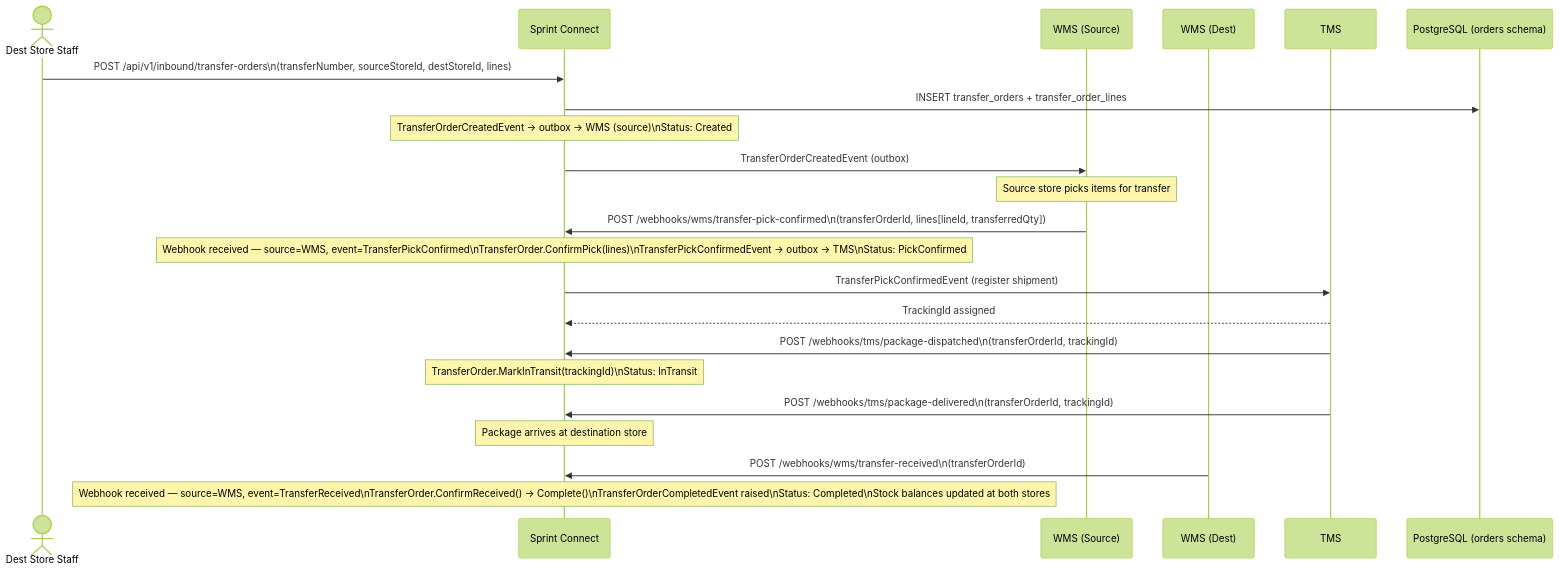
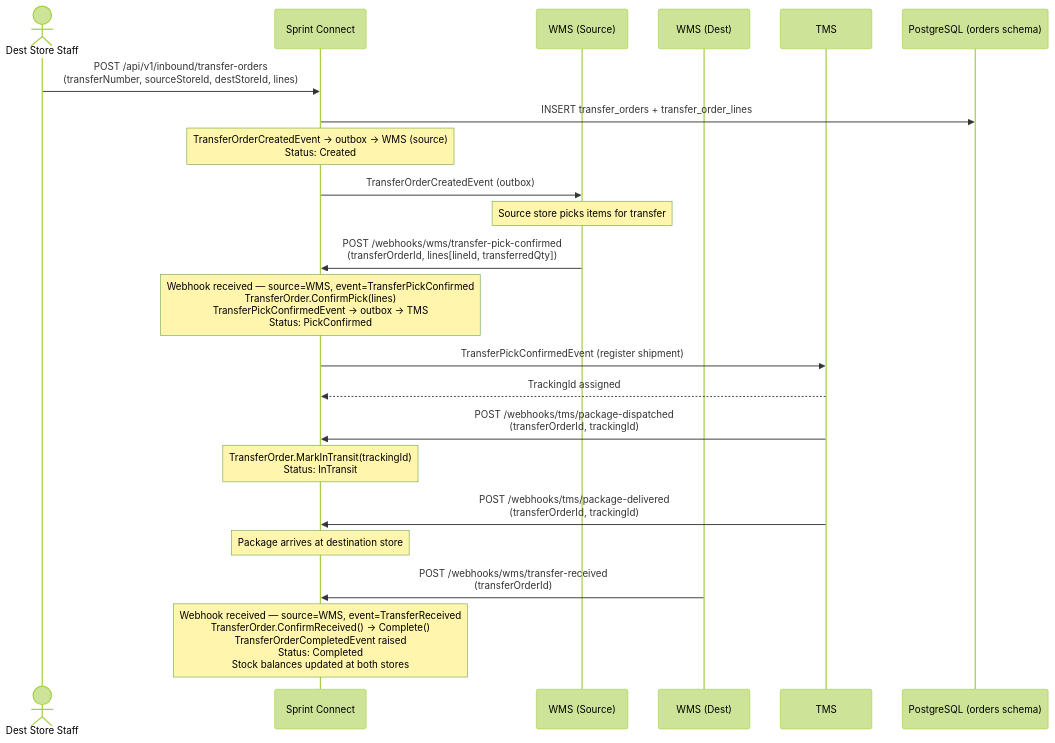
Before and after one commit to rosered11/personal-claude: diagram 22 of 24 in result/oms-sequence-diagrams.md, drawn with Mermaid (forest theme). The commit also changed other lines of this file and 7 other files, not shown here.

````diff
--- a/result/oms-sequence-diagrams.md
+++ b/result/oms-sequence-diagrams.md
@@ -772,31 +772,31 @@
 ```mermaid
 sequenceDiagram
     actor Staff as Dest Store Staff
     participant SC as Sprint Connect
     participant WMS_S as WMS (Source)
     participant WMS_D as WMS (Dest)
     participant TMS as TMS
     participant DB as PostgreSQL (orders schema)
 
-    Staff->>SC: POST /api/v1/inbound/transfer-orders\n(transferNumber, sourceStoreId, destStoreId, lines)
+    Staff->>SC: POST /api/v1/inbound/transfer-orders<br>(transferNumber, sourceStoreId, destStoreId, lines)
     SC->>DB: INSERT transfer_orders + transfer_order_lines
-    Note over SC: TransferOrderCreatedEvent → outbox → WMS (source)\nStatus: Created
+    Note over SC: TransferOrderCreatedEvent → outbox → WMS (source)<br>Status: Created
 
     SC->>WMS_S: TransferOrderCreatedEvent (outbox)
     Note over WMS_S: Source store picks items for transfer
 
-    WMS_S->>SC: POST /webhooks/wms/transfer-pick-confirmed\n(transferOrderId, lines[lineId, transferredQty])
-    Note over SC: Webhook received — source=WMS, event=TransferPickConfirmed\nTransferOrder.ConfirmPick(lines)\nTransferPickConfirmedEvent → outbox → TMS\nStatus: PickConfirmed
+    WMS_S->>SC: POST /webhooks/wms/transfer-pick-confirmed<br>(transferOrderId, lines[lineId, transferredQty])
+    Note over SC: Webhook received — source=WMS, event=TransferPickConfirmed<br>TransferOrder.ConfirmPick(lines)<br>TransferPickConfirmedEvent → outbox → TMS<br>Status: PickConfirmed
 
     SC->>TMS: TransferPickConfirmedEvent (register shipment)
     TMS-->>SC: TrackingId assigned
 
-    TMS->>SC: POST /webhooks/tms/package-dispatched\n(transferOrderId, trackingId)
-    Note over SC: TransferOrder.MarkInTransit(trackingId)\nStatus: InTransit
+    TMS->>SC: POST /webhooks/tms/package-dispatched<br>(transferOrderId, trackingId)
+    Note over SC: TransferOrder.MarkInTransit(trackingId)<br>Status: InTransit
 
-    TMS->>SC: POST /webhooks/tms/package-delivered\n(transferOrderId, trackingId)
+    TMS->>SC: POST /webhooks/tms/package-delivered<br>(transferOrderId, trackingId)
     Note over SC: Package arrives at destination store
 
-    WMS_D->>SC: POST /webhooks/wms/transfer-received\n(transferOrderId)
-    Note over SC: Webhook received — source=WMS, event=TransferReceived\nTransferOrder.ConfirmReceived() → Complete()\nTransferOrderCompletedEvent raised\nStatus: Completed\nStock balances updated at both stores
+    WMS_D->>SC: POST /webhooks/wms/transfer-received<br>(transferOrderId)
+    Note over SC: Webhook received — source=WMS, event=TransferReceived<br>TransferOrder.ConfirmReceived() → Complete()<br>TransferOrderCompletedEvent raised<br>Status: Completed<br>Stock balances updated at both stores
 ```
````
